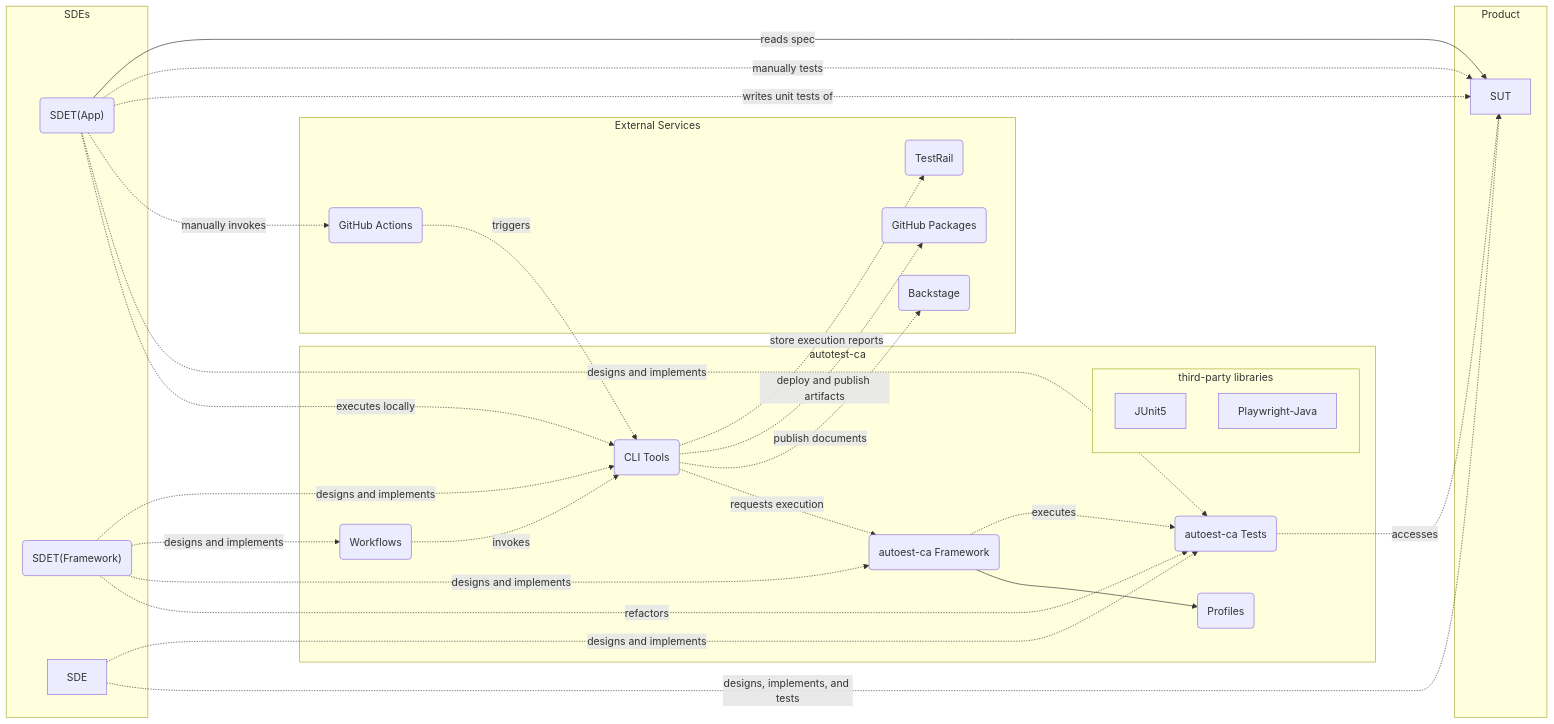
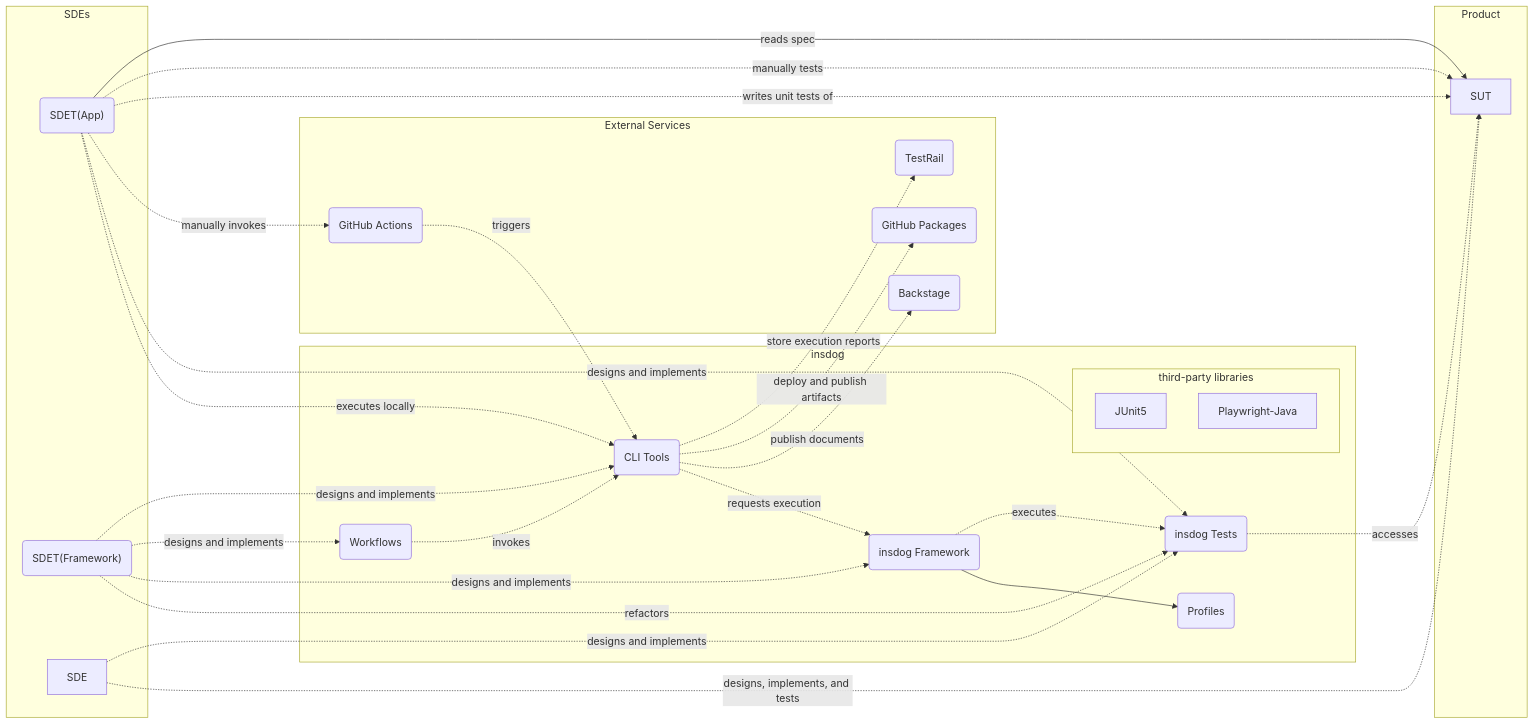
Before and after one commit to moneyforward/insdog: the first of 3 diagrams in src/site/markdown/4-Design/Architecture.md, drawn with Mermaid. The commit also changed other lines of this file and 34 other files, not shown here.

````diff
--- a/src/site/markdown/4-Design/Architecture.md
+++ b/src/site/markdown/4-Design/Architecture.md
@@ -8,52 +8,52 @@
 ```mermaid
 graph LR
     subgraph "Product" 
         SUT
     end
     subgraph "SDEs"
         SDETapp
         SDETfw
         SDE
     end
     SDE -.->|designs and implements| autotest-tests
     SDE -.->|designs, implements, and tests| SUT
     SDETapp("SDET(App)")
     SDETapp -->|reads spec| SUT
     SDETapp -.->|manually tests| SUT
     SDETapp -.->|writes unit tests of| SUT
     SDETapp -.->|manually invokes| gha
     SDETapp -.->|designs and implements| autotest-tests
     SDETapp -.->|executes locally| autotest-cli
     SDETfw("SDET(Framework)")
     SDETfw -.->|designs and implements| autotest-cli
     SDETfw -.->|designs and implements| autotest-workflows
     SDETfw -.->|designs and implements| autotest-fw
     SDETfw -.->|refactors| autotest-tests
-    subgraph "autotest-ca"
-        autotest-tests("autoest-ca Tests")
-        autotest-fw("autoest-ca Framework")
+    subgraph "insdog"
+        autotest-tests("insdog Tests")
+        autotest-fw("insdog Framework")
         autotest-cli("CLI Tools")
         autotest-profile("Profiles")
         autotest-workflows("Workflows")
         subgraph "third-party libraries" 
             JUnit5
             Playwright-Java
         end
     end
     autotest-workflows -.-> |invokes| autotest-cli
     autotest-cli -.->|store execution reports| testRail
     autotest-cli -.->|deploy and publish artifacts| ghPackages
     autotest-cli -.->|publish documents| backstage
     autotest-cli -.->|requests execution| autotest-fw
     autotest-fw -.->|executes| autotest-tests
     autotest-fw --> autotest-profile
     autotest-tests -.->|accesses| SUT
     subgraph "External Services"
         gha("GitHub Actions")
         testRail("TestRail")
         ghPackages("GitHub Packages")
         backstage("Backstage")
     end
 
     gha -.->|triggers| autotest-cli
 ```
````
